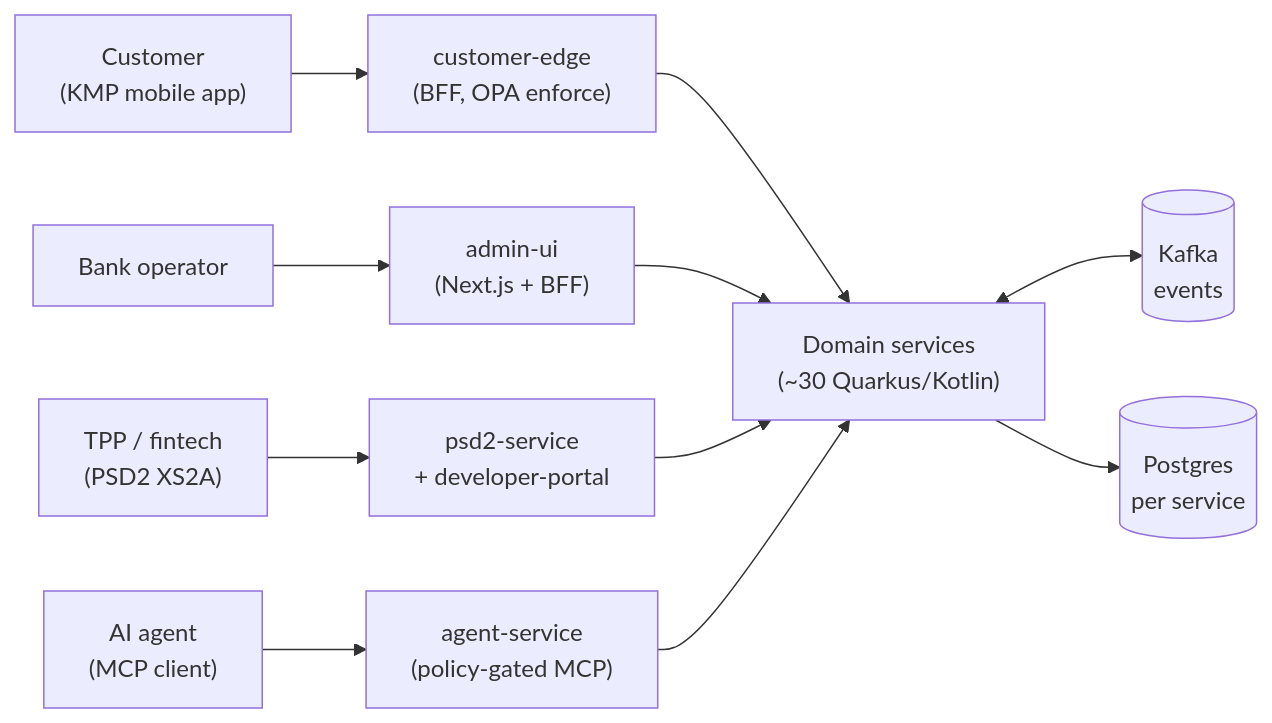
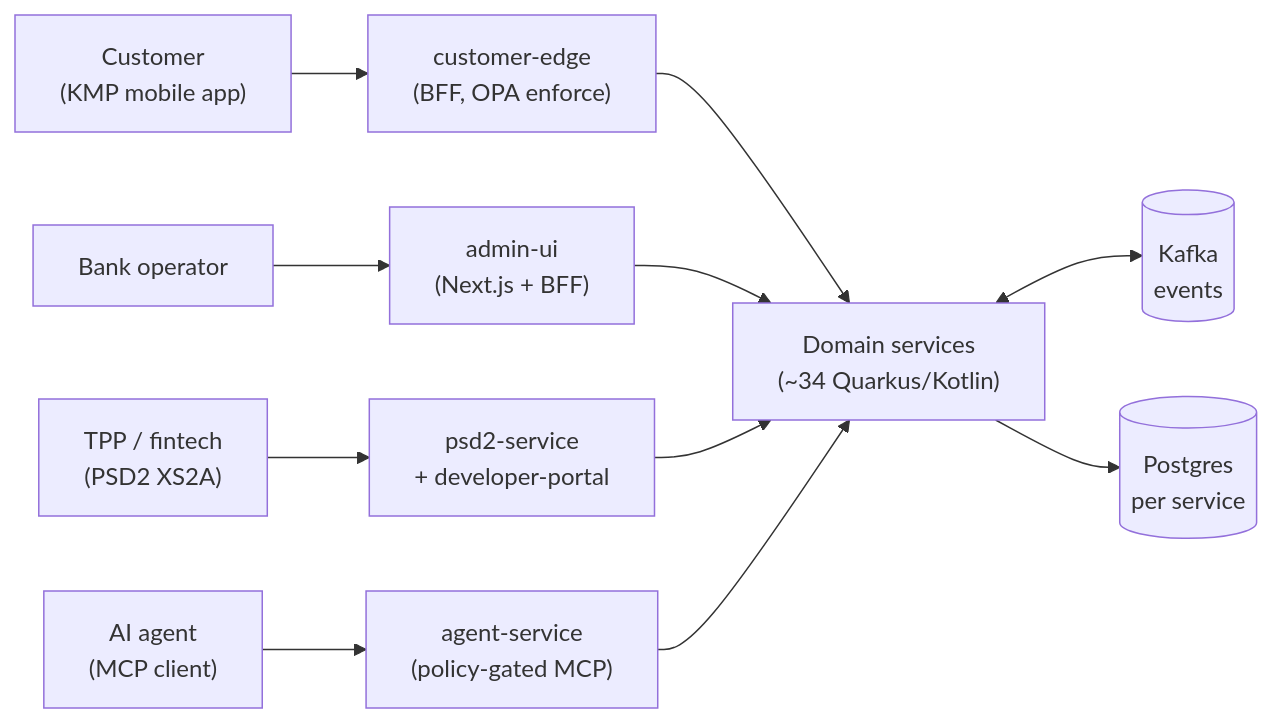
One commit to JiRaska/open-bank-oss changed the first of 2 diagrams in ARCHITECTURE.md. Above: the diagram before and after it, drawn with Mermaid. The commit also changed other lines of this file and 8 other files, not shown here.

````diff
--- a/ARCHITECTURE.md
+++ b/ARCHITECTURE.md
@@ -33,14 +33,14 @@
 ```mermaid
 flowchart LR
   customer["Customer<br/>(KMP mobile app)"] --> edge["customer-edge<br/>(BFF, OPA enforce)"]
   operator["Bank operator"] --> admin["admin-ui<br/>(Next.js + BFF)"]
   tpp["TPP / fintech<br/>(PSD2 XS2A)"] --> psd2["psd2-service<br/>+ developer-portal"]
   agent["AI agent<br/>(MCP client)"] --> agentsvc["agent-service<br/>(policy-gated MCP)"]
 
-  edge --> mesh[" Domain services<br/>(~30 Quarkus/Kotlin) "]
+  edge --> mesh[" Domain services<br/>(~34 Quarkus/Kotlin) "]
   admin --> mesh
   psd2 --> mesh
   agentsvc --> mesh
   mesh <--> kafka[("Kafka<br/>events")]
   mesh --> pg[("Postgres<br/>per service")]
 ```
````
